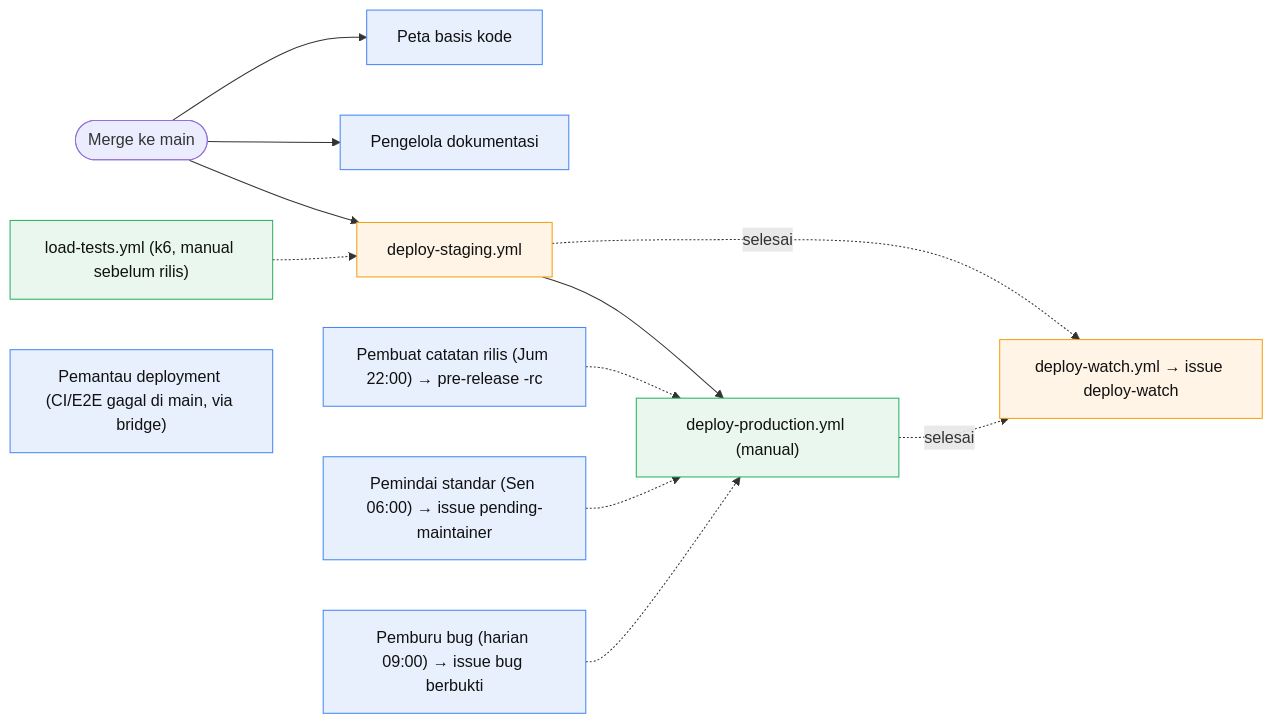
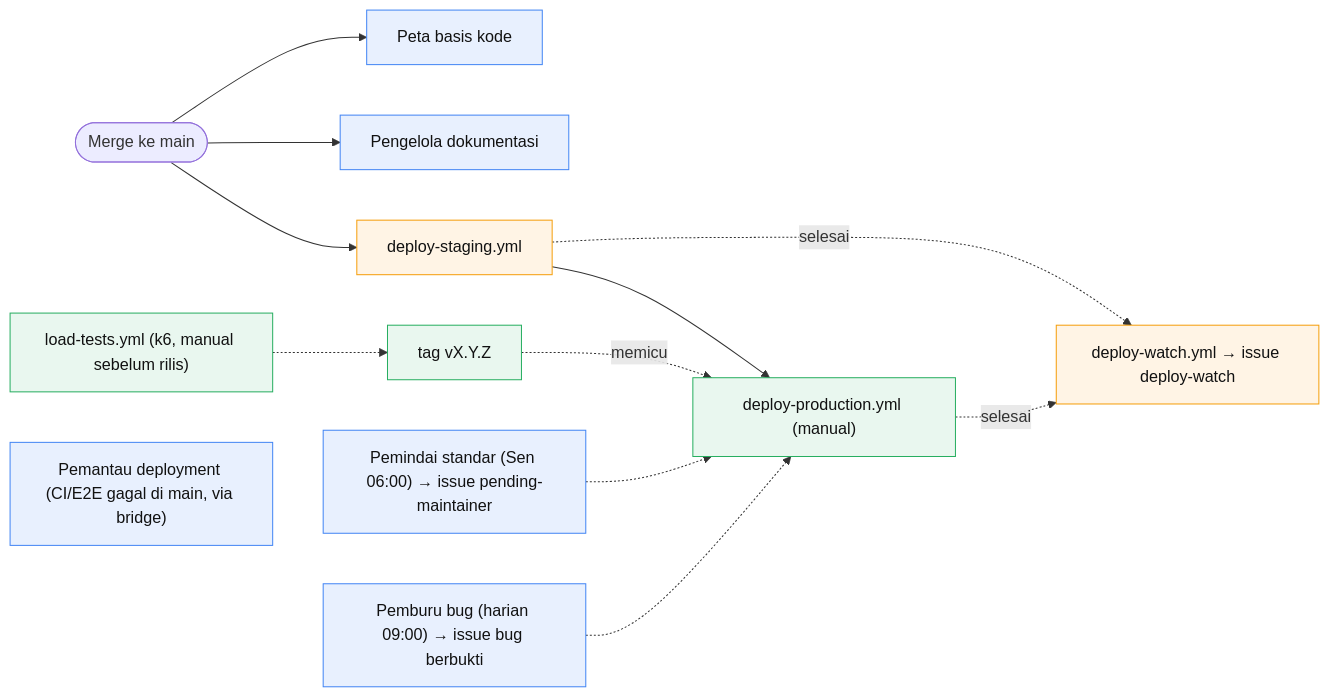
The fifth of 6 diagrams in docs/SDLC-FLOW.md (cipansor/cipansor), drawn with Mermaid before and after one commit. The commit also changed other lines of this file and 12 other files, not shown here.

First line of the commit message:
feat(rilis): rilis lewat tag vX.Y.Z; pensiunkan SDLC 13

````diff
--- a/docs/SDLC-FLOW.md
+++ b/docs/SDLC-FLOW.md
@@ -580,19 +577,19 @@
 ```mermaid
 flowchart LR
   classDef cloud fill:#e8f0fe,stroke:#4285f4,color:#111;
   classDef gh fill:#fff4e5,stroke:#f59e0b,color:#111;
   classDef human fill:#e9f7ef,stroke:#27ae60,color:#111;
 
   MG([Merge ke main]) --> C3["Peta basis kode"]:::cloud
   MG --> C14["Pengelola dokumentasi"]:::cloud
   MG --> STG["deploy-staging.yml"]:::gh
   STG --> PROD["deploy-production.yml (manual)"]:::human
 
   STG -. selesai .-> DW["deploy-watch.yml → issue deploy-watch"]:::gh
   PROD -. selesai .-> DW
-  LT["load-tests.yml (k6, manual sebelum rilis)"]:::human -.-> STG
+  LT["load-tests.yml (k6, manual sebelum rilis)"]:::human -.-> TAGV["tag vX.Y.Z"]:::human
   C12["Pemantau deployment (CI/E2E gagal di main, via bridge)"]:::cloud
-  C13["Pembuat catatan rilis (Jum 22:00) → pre-release -rc"]:::cloud -.-> PROD
+  TAGV -. "memicu" .-> PROD
   C20["Pemindai standar (Sen 06:00) → issue pending-maintainer"]:::cloud -.-> PROD
   C19["Pemburu bug (harian 09:00) → issue bug berbukti"]:::cloud -.-> PROD
 ```
````
